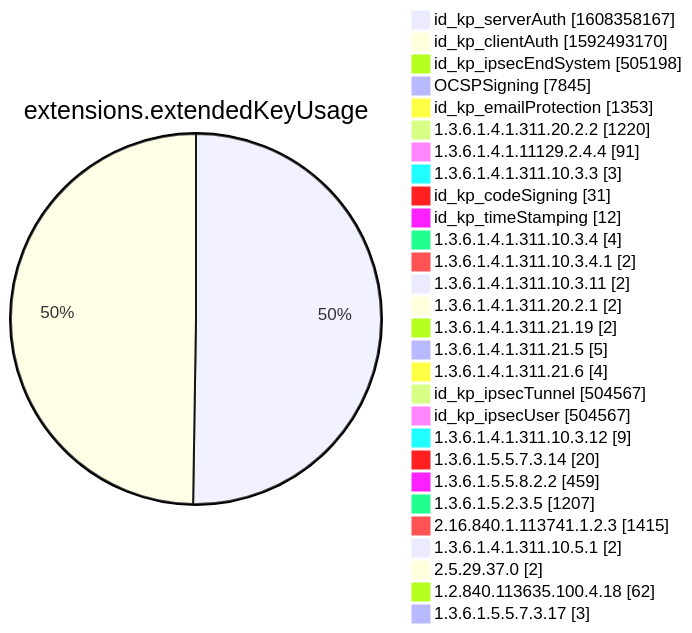
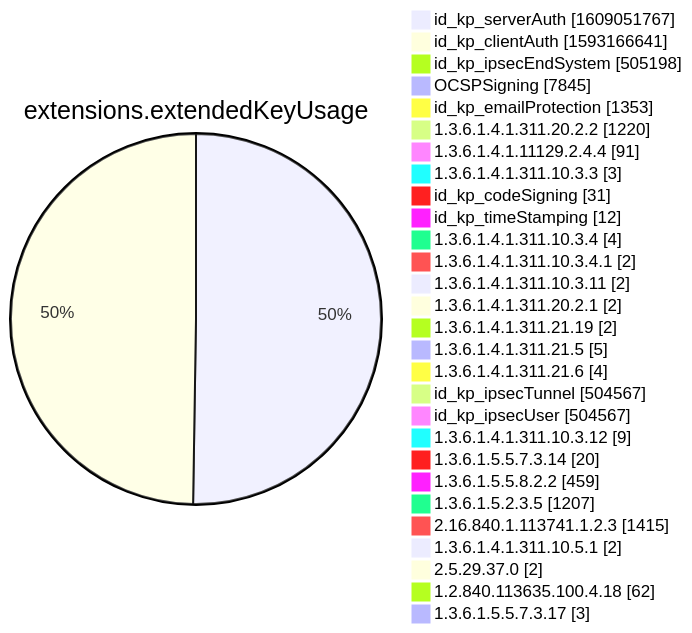
Before and after one commit to christiankrug/ctmonitor_visualization: diagram 12 of 15 in xenon2022/README.md, drawn with Mermaid. The commit also changed other lines of this file, not shown here.

````diff
--- a/xenon2022/README.md
+++ b/xenon2022/README.md
@@ -3885,32 +3885,32 @@
 ```mermaid
 pie showData
 title extensions.extendedKeyUsage
-"id_kp_serverAuth" :1608358167
-"id_kp_clientAuth" :1592493170
+"id_kp_serverAuth" :1609051767
+"id_kp_clientAuth" :1593166641
 "id_kp_ipsecEndSystem" :505198
 "OCSPSigning" :7845
 "id_kp_emailProtection" :1353
 "1.3.6.1.4.1.311.20.2.2" :1220
 "1.3.6.1.4.1.11129.2.4.4" :91
 "1.3.6.1.4.1.311.10.3.3" :3
 "id_kp_codeSigning" :31
 "id_kp_timeStamping" :12
 "1.3.6.1.4.1.311.10.3.4" :4
 "1.3.6.1.4.1.311.10.3.4.1" :2
 "1.3.6.1.4.1.311.10.3.11" :2
 "1.3.6.1.4.1.311.20.2.1" :2
 "1.3.6.1.4.1.311.21.19" :2
 "1.3.6.1.4.1.311.21.5" :5
 "1.3.6.1.4.1.311.21.6" :4
 "id_kp_ipsecTunnel" :504567
 "id_kp_ipsecUser" :504567
 "1.3.6.1.4.1.311.10.3.12" :9
 "1.3.6.1.5.5.7.3.14" :20
 "1.3.6.1.5.5.8.2.2" :459
 "1.3.6.1.5.2.3.5" :1207
 "2.16.840.1.113741.1.2.3" :1415
 "1.3.6.1.4.1.311.10.5.1" :2
 "2.5.29.37.0" :2
 "1.2.840.113635.100.4.18" :62
 "1.3.6.1.5.5.7.3.17" :3
 ```
````
